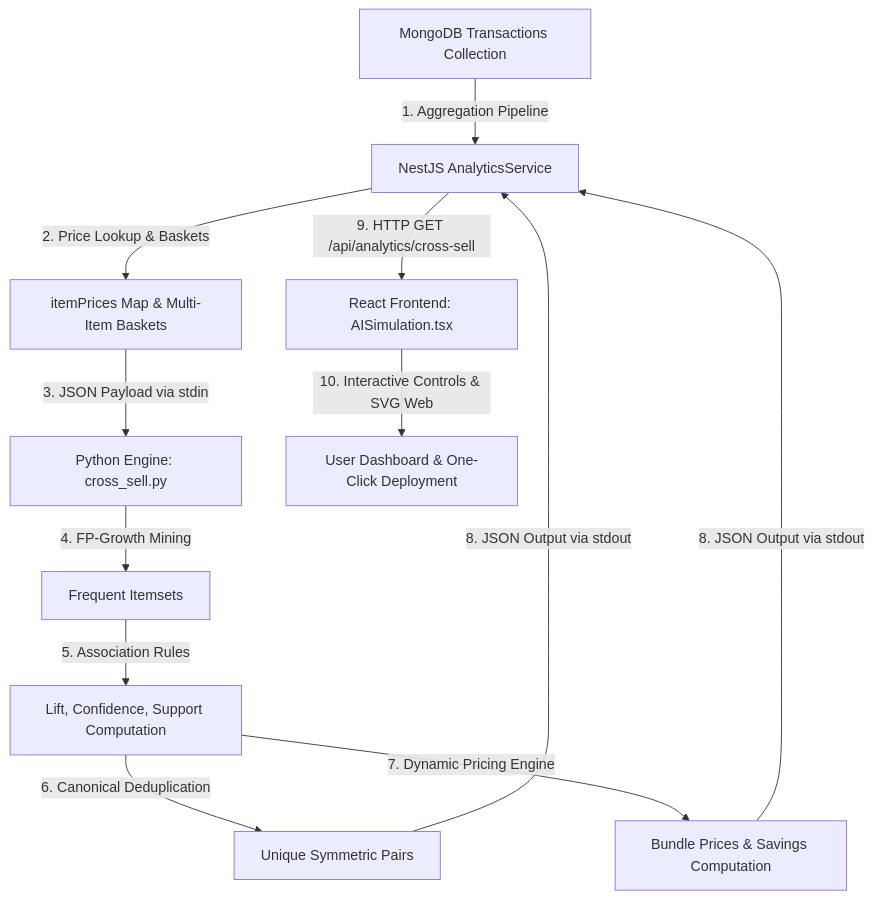
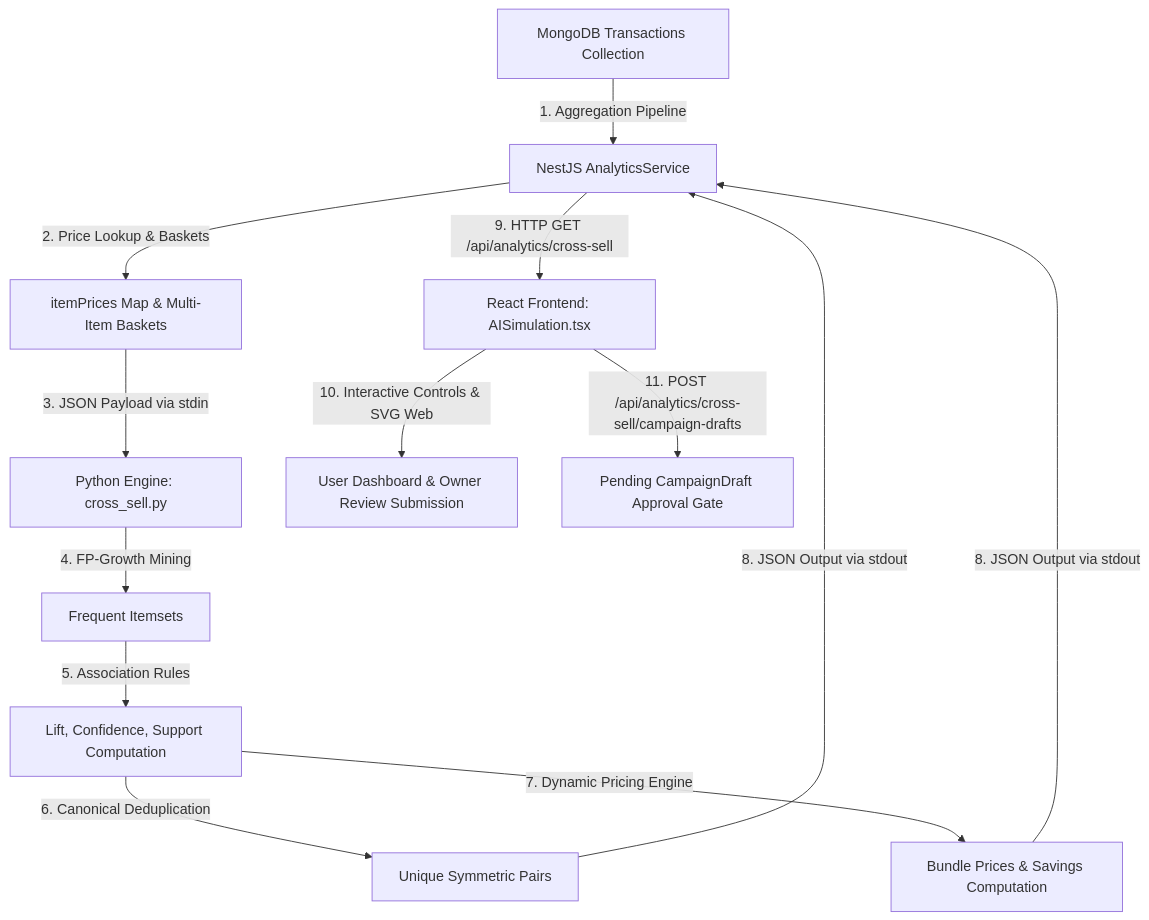
One commit to kenzoIS/WOOF_V1 changed the diagram in cross_selling.md. Above: the diagram before and after it, drawn with Mermaid. The commit also changed other lines of this file and 10 other files, not shown here.

````diff
--- a/cross_selling.md
+++ b/cross_selling.md
@@ -21,13 +36,14 @@
 ```mermaid
 flowchart TD
     A[MongoDB Transactions Collection] -->|1. Aggregation Pipeline| B[NestJS AnalyticsService]
     B -->|2. Price Lookup & Baskets| C[itemPrices Map & Multi-Item Baskets]
     C -->|3. JSON Payload via stdin| D[Python Engine: cross_sell.py]
     D -->|4. FP-Growth Mining| E[Frequent Itemsets]
     E -->|5. Association Rules| F[Lift, Confidence, Support Computation]
     F -->|6. Canonical Deduplication| G[Unique Symmetric Pairs]
     F -->|7. Dynamic Pricing Engine| H[Bundle Prices & Savings Computation]
     G & H -->|8. JSON Output via stdout| B
     B -->|9. HTTP GET /api/analytics/cross-sell| I[React Frontend: AISimulation.tsx]
-    I -->|10. Interactive Controls & SVG Web| J[User Dashboard & One-Click Deployment]
+    I -->|10. Interactive Controls & SVG Web| J[User Dashboard & Owner Review Submission]
+    I -->|11. POST /api/analytics/cross-sell/campaign-drafts| K[Pending CampaignDraft Approval Gate]
 ```
````
